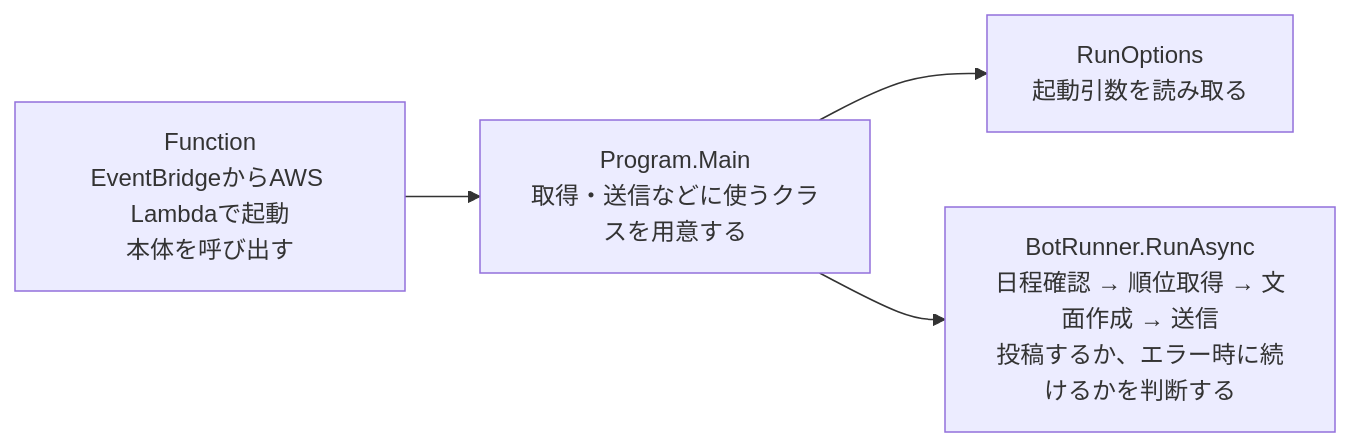
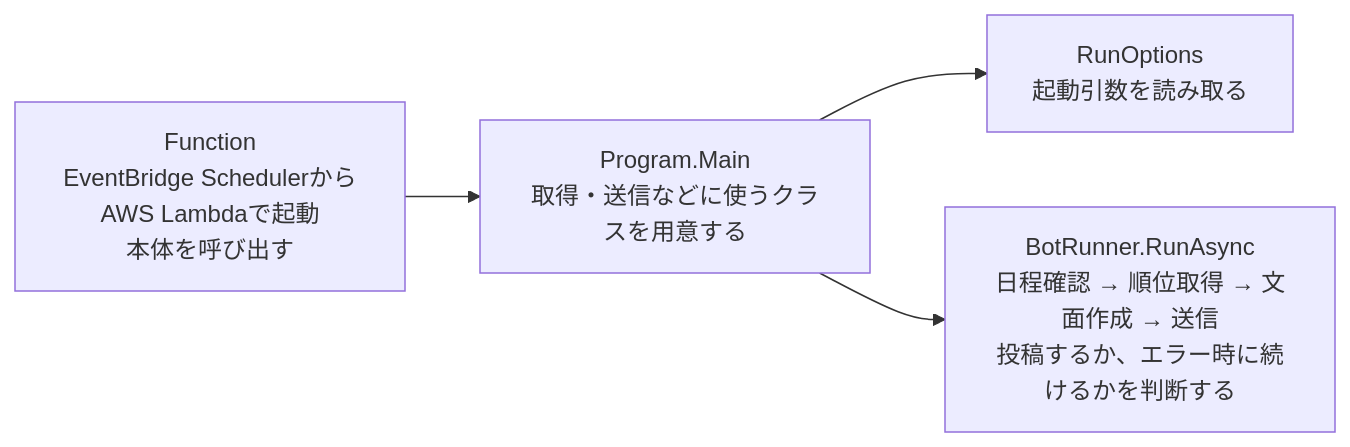
Before and after one commit to shin4488/MlbBot: the first of 4 diagrams in README.md, drawn with Mermaid. The commit also changed other lines of this file and 23 other files, not shown here.

````diff
--- a/README.md
+++ b/README.md
@@ -11,10 +11,10 @@
 ```mermaid
 flowchart LR
-    F["Function<br>EventBridgeからAWS Lambdaで起動<br>本体を呼び出す"] --> P["Program.Main<br>取得・送信などに使うクラスを用意する"]
+    F["Function<br>EventBridge SchedulerからAWS Lambdaで起動<br>本体を呼び出す"] --> P["Program.Main<br>取得・送信などに使うクラスを用意する"]
     P --> O["RunOptions<br>起動引数を読み取る"]
     P --> R["BotRunner.RunAsync<br>日程確認 → 順位取得 → 文面作成 → 送信<br>投稿するか、エラー時に続けるかを判断する"]
     click F "TwitterMlbBotExecution/src/TwitterMlbBotExecution/Function.cs"
     click P "TwitterMlbBot/Program.cs"
     click O "TwitterMlbBot/RunOptions.cs"
     click R "TwitterMlbBot/BotRunner.cs"
 ```
````
